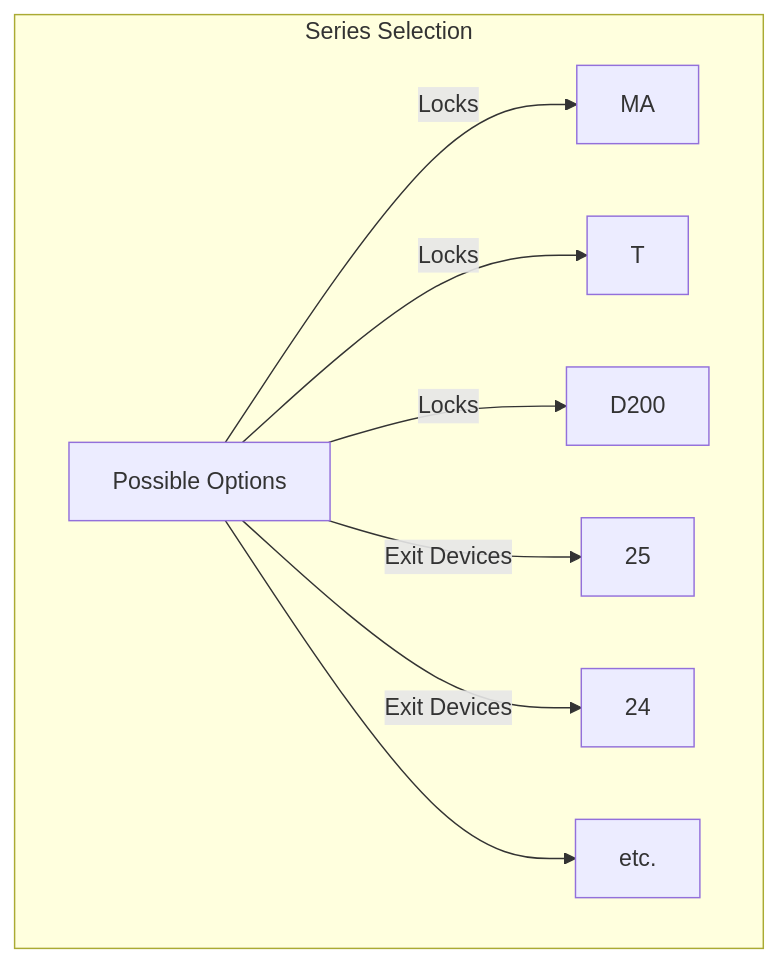
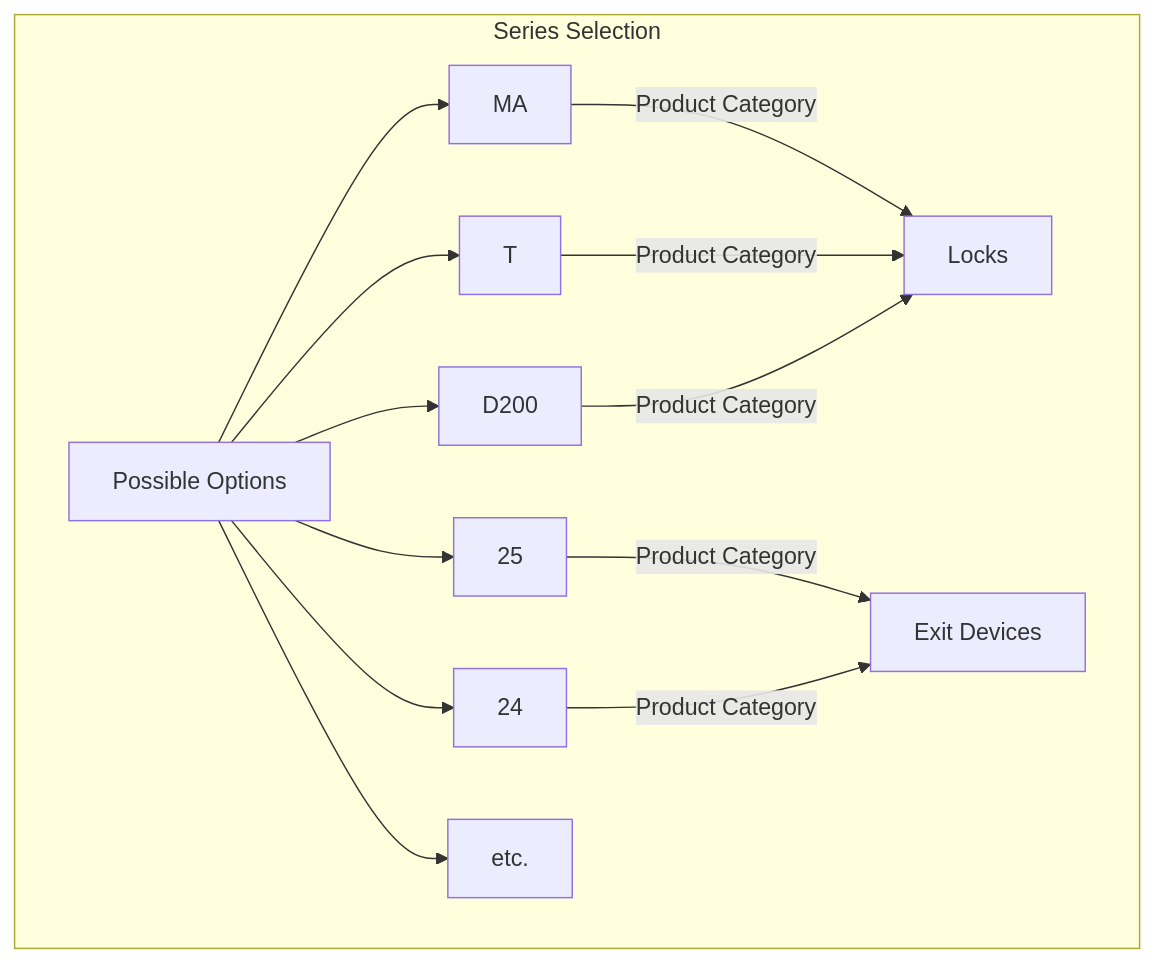
One commit to alokdas81/diamond-pricebook-diagram changed the sixth of 23 diagrams in README.md. Above: the diagram before and after it, drawn with Mermaid. The commit also changed other lines of this file, not shown here.

Commit message:
readme updated

````diff
--- a/README.md
+++ b/README.md
@@ -319,22 +319,29 @@
 ```mermaid
 flowchart TD
 
 
 subgraph Series Selection
 A[Possible Options]
 B[MA] 
 C[T]
 D[D200]
 E[25]
 F[24]
 G[etc.]
+H[Locks]
+I[Exit Devices]
 end
 
-A --> |Locks| B
-A --> |Locks| C
-A --> |Locks| D
-A --> |Exit Devices| E
-A --> |Exit Devices| F
+A --> B
+A --> C
+A --> D
+A --> E
+A --> F
 A --> G
+B --> |Product Category| H
+C --> |Product Category| H
+D --> |Product Category| H
+E --> |Product Category| I
+F --> |Product Category| I
 
 ```
````
